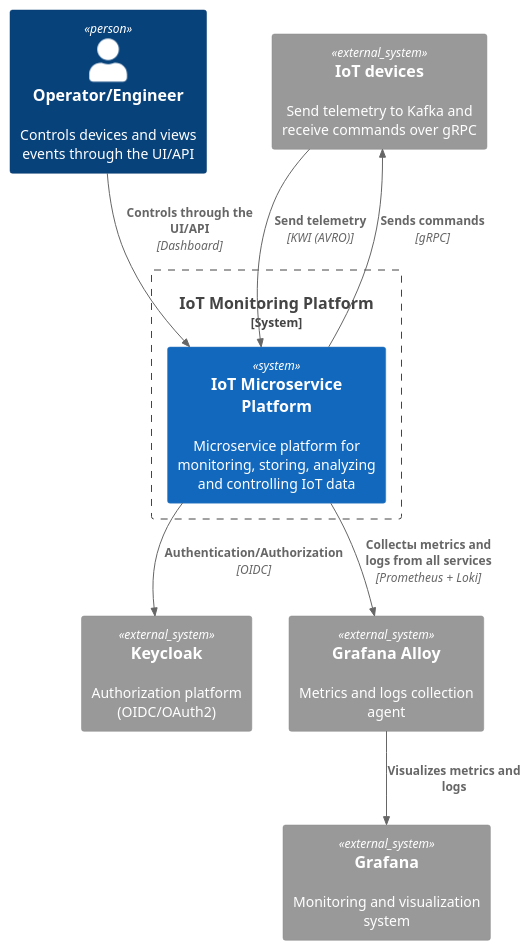
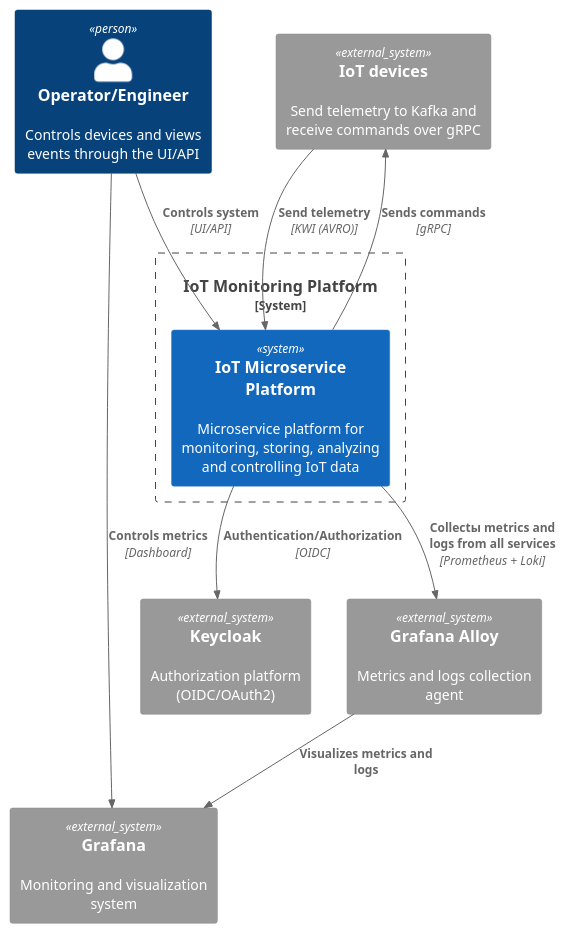
Before and after one commit to goracy-kubek/iot-platform-studying: the diagram in diagrams/context.puml, drawn with PlantUML.

Commit message:
Update context diagram

```diff
--- a/diagrams/context.puml
+++ b/diagrams/context.puml
@@ -1,21 +1,22 @@
 @startuml Context
 !includeurl https://raw.githubusercontent.com/plantuml-stdlib/C4-PlantUML/master/C4_Context.puml
 
 Person(engineer, "Operator/Engineer", "Controls devices and views events through the UI/API")
 System_Boundary(platform_boundary, "IoT Monitoring Platform") {
     System(platform, "IoT Microservice Platform", "Microservice platform for monitoring, storing, analyzing and controlling IoT data")
 }
 
 System_Ext(devices, "IoT devices", "Send telemetry to Kafka and receive commands over gRPC")
 System_Ext(keycloak, "Keycloak", "Authorization platform (OIDC/OAuth2)")
 System_Ext(grafana_alloy, "Grafana Alloy", "Metrics and logs collection agent")
 System_Ext(grafana, "Grafana", "Monitoring and visualization system")
 
-Rel(engineer, platform, "Controls through the UI/API", "Dashboard")
+Rel(engineer, platform, "Controls system", "UI/API")
+Rel(engineer, grafana, "Controls metrics", "Dashboard")
 Rel(devices, platform, "Send telemetry", "KWI (AVRO)")
 Rel(platform, devices, "Sends commands", "gRPC")
 Rel(platform, keycloak, "Authentication/Authorization", "OIDC")
 Rel(platform, grafana_alloy, "Collectы metrics and logs from all services", "Prometheus + Loki")
 Rel(grafana_alloy, grafana, "Visualizes metrics and logs")
 
 @enduml
```
